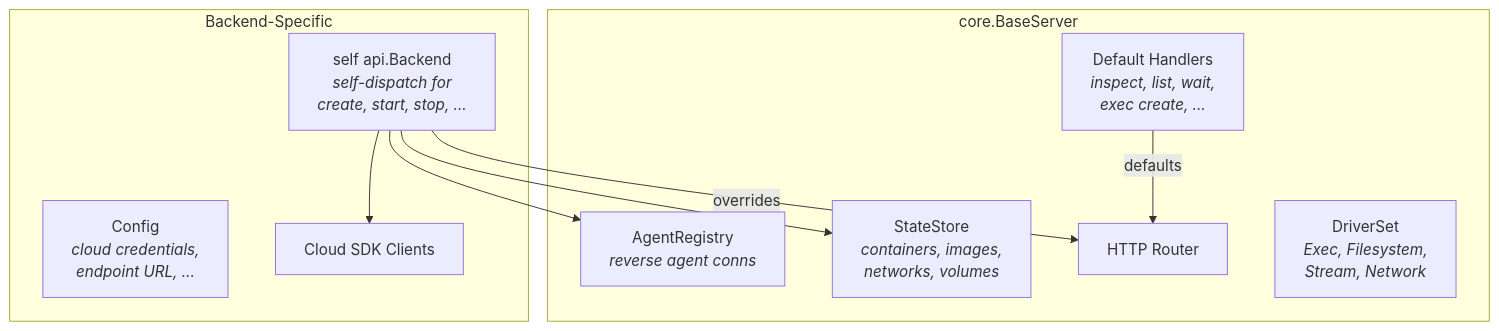
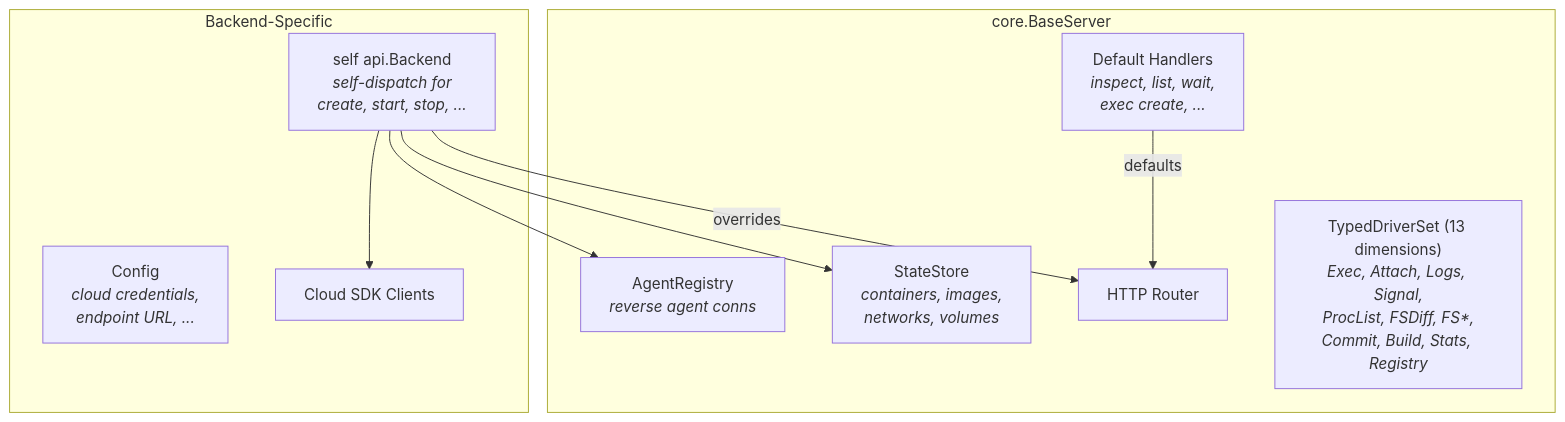
One commit to e6qu/sockerless changed the third of 19 diagrams in ARCHITECTURE.md. Above: the diagram before and after it, drawn with Mermaid. The commit also changed other lines of this file and 838 other files, not shown here.

````diff
--- a/ARCHITECTURE.md
+++ b/ARCHITECTURE.md
@@ -84,22 +84,22 @@
 ```mermaid
 graph TB
     subgraph "core.BaseServer"
         MUX["HTTP Router"]
         STORE["StateStore<br/><i>containers, images,<br/>networks, volumes</i>"]
         REG["AgentRegistry<br/><i>reverse agent conns</i>"]
-        DRV["DriverSet<br/><i>Exec, Filesystem,<br/>Stream, Network</i>"]
+        DRV["TypedDriverSet (13 dimensions)<br/><i>Exec, Attach, Logs, Signal,<br/>ProcList, FSDiff, FS*,<br/>Commit, Build, Stats, Registry</i>"]
         DH["Default Handlers<br/><i>inspect, list, wait,<br/>exec create, ...</i>"]
     end
 
     subgraph "Backend-Specific"
         SELF["self api.Backend<br/><i>self-dispatch for<br/>create, start, stop, ...</i>"]
         CFG["Config<br/><i>cloud credentials,<br/>endpoint URL, ...</i>"]
         SDK2["Cloud SDK Clients"]
     end
 
     SELF -->|overrides| MUX
     DH -->|defaults| MUX
     SELF --> STORE
     SELF --> REG
     SELF --> SDK2
 ```
````
